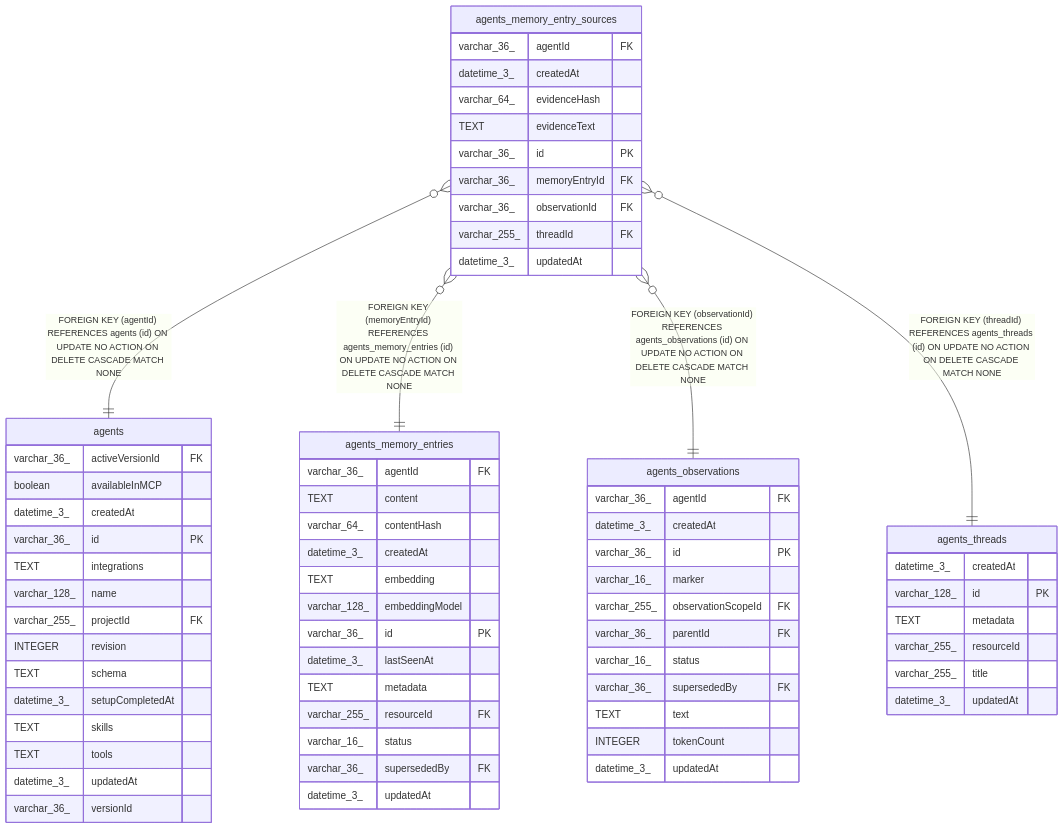
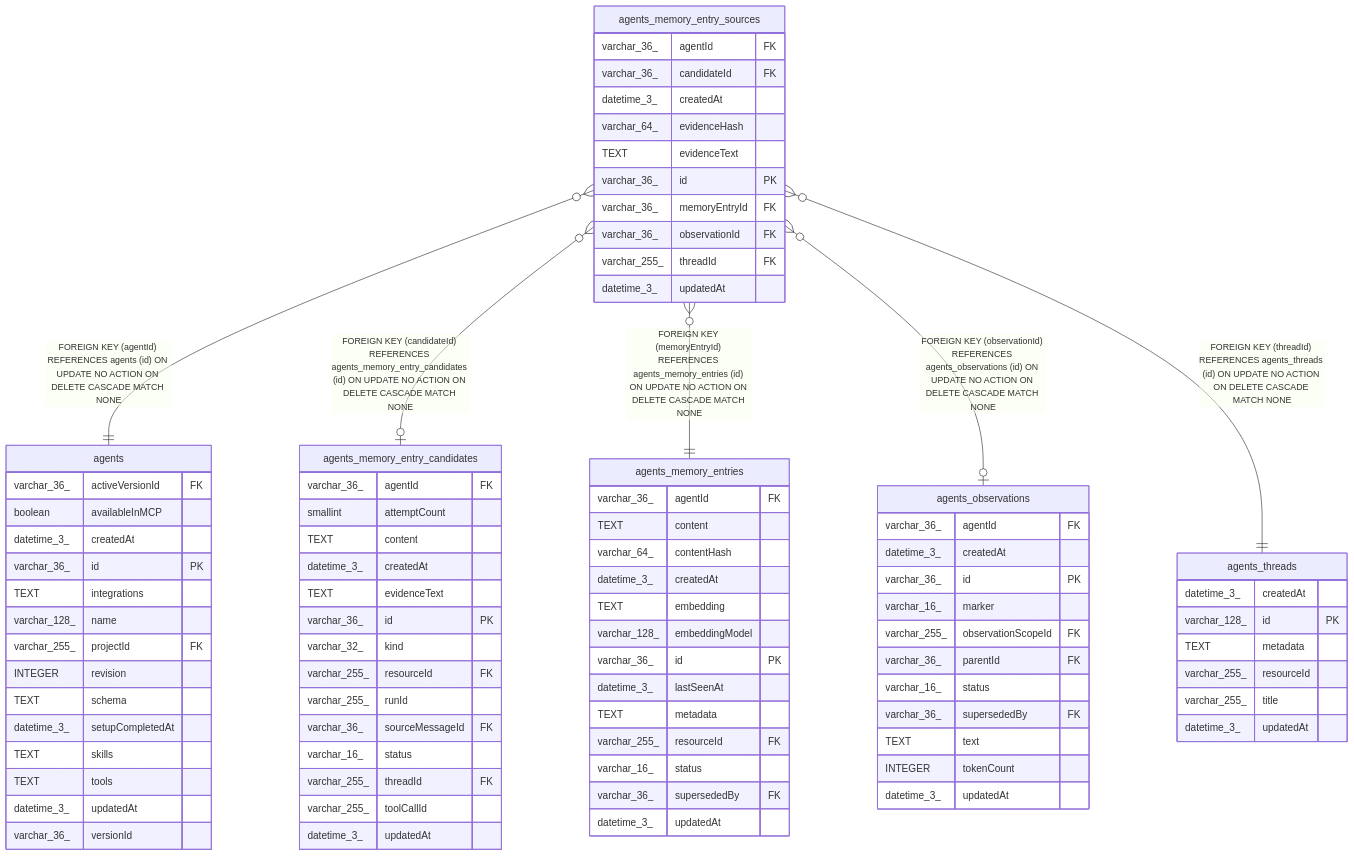
The diagram in universal-plugin/backend/oss/n8n/docs/generated/sqlite-schema/agents_memory_entry_sources.md (Tanishq-1/all-global-plugin), drawn with Mermaid before and after one commit. The commit also changed other lines of this file and 3199 other files, not shown here.

```diff
--- a/universal-plugin/backend/oss/n8n/docs/generated/sqlite-schema/agents_memory_entry_sources.md
+++ b/universal-plugin/backend/oss/n8n/docs/generated/sqlite-schema/agents_memory_entry_sources.md
@@ -52,12 +57,14 @@
 erDiagram
 
 "agents_memory_entry_sources" }o--|| "agents" : "FOREIGN KEY (agentId) REFERENCES agents (id) ON UPDATE NO ACTION ON DELETE CASCADE MATCH NONE"
+"agents_memory_entry_sources" }o--o| "agents_memory_entry_candidates" : "FOREIGN KEY (candidateId) REFERENCES agents_memory_entry_candidates (id) ON UPDATE NO ACTION ON DELETE CASCADE MATCH NONE"
 "agents_memory_entry_sources" }o--|| "agents_memory_entries" : "FOREIGN KEY (memoryEntryId) REFERENCES agents_memory_entries (id) ON UPDATE NO ACTION ON DELETE CASCADE MATCH NONE"
-"agents_memory_entry_sources" }o--|| "agents_observations" : "FOREIGN KEY (observationId) REFERENCES agents_observations (id) ON UPDATE NO ACTION ON DELETE CASCADE MATCH NONE"
+"agents_memory_entry_sources" }o--o| "agents_observations" : "FOREIGN KEY (observationId) REFERENCES agents_observations (id) ON UPDATE NO ACTION ON DELETE CASCADE MATCH NONE"
 "agents_memory_entry_sources" }o--|| "agents_threads" : "FOREIGN KEY (threadId) REFERENCES agents_threads (id) ON UPDATE NO ACTION ON DELETE CASCADE MATCH NONE"
 
 "agents_memory_entry_sources" {
   varchar_36_ agentId FK
+  varchar_36_ candidateId FK
   datetime_3_ createdAt
   varchar_64_ evidenceHash
   TEXT evidenceText
@@ -82,6 +89,22 @@
   TEXT tools
   datetime_3_ updatedAt
   varchar_36_ versionId
+}
+"agents_memory_entry_candidates" {
+  varchar_36_ agentId FK
+  smallint attemptCount
+  TEXT content
+  datetime_3_ createdAt
+  TEXT evidenceText
+  varchar_36_ id PK
+  varchar_32_ kind
+  varchar_255_ resourceId FK
+  varchar_255_ runId
+  varchar_36_ sourceMessageId FK
+  varchar_16_ status
+  varchar_255_ threadId FK
+  varchar_255_ toolCallId
+  datetime_3_ updatedAt
 }
 "agents_memory_entries" {
   varchar_36_ agentId FK
```
